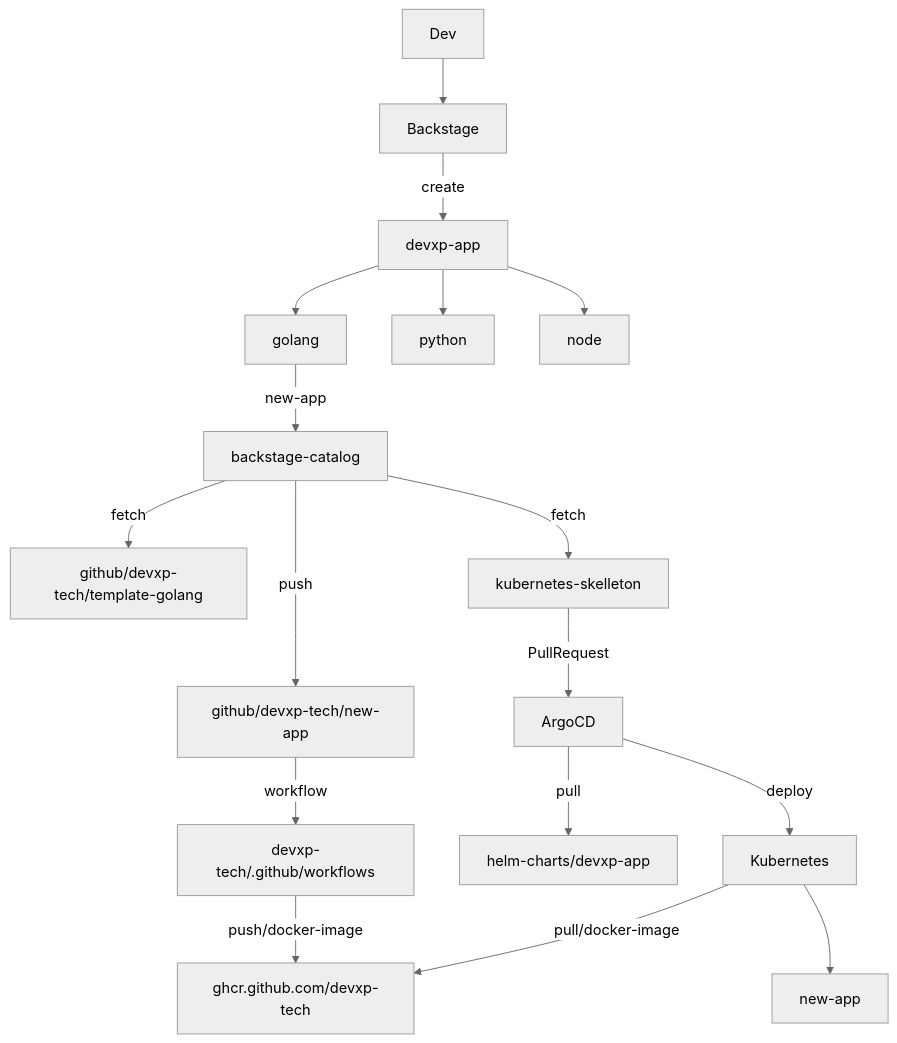
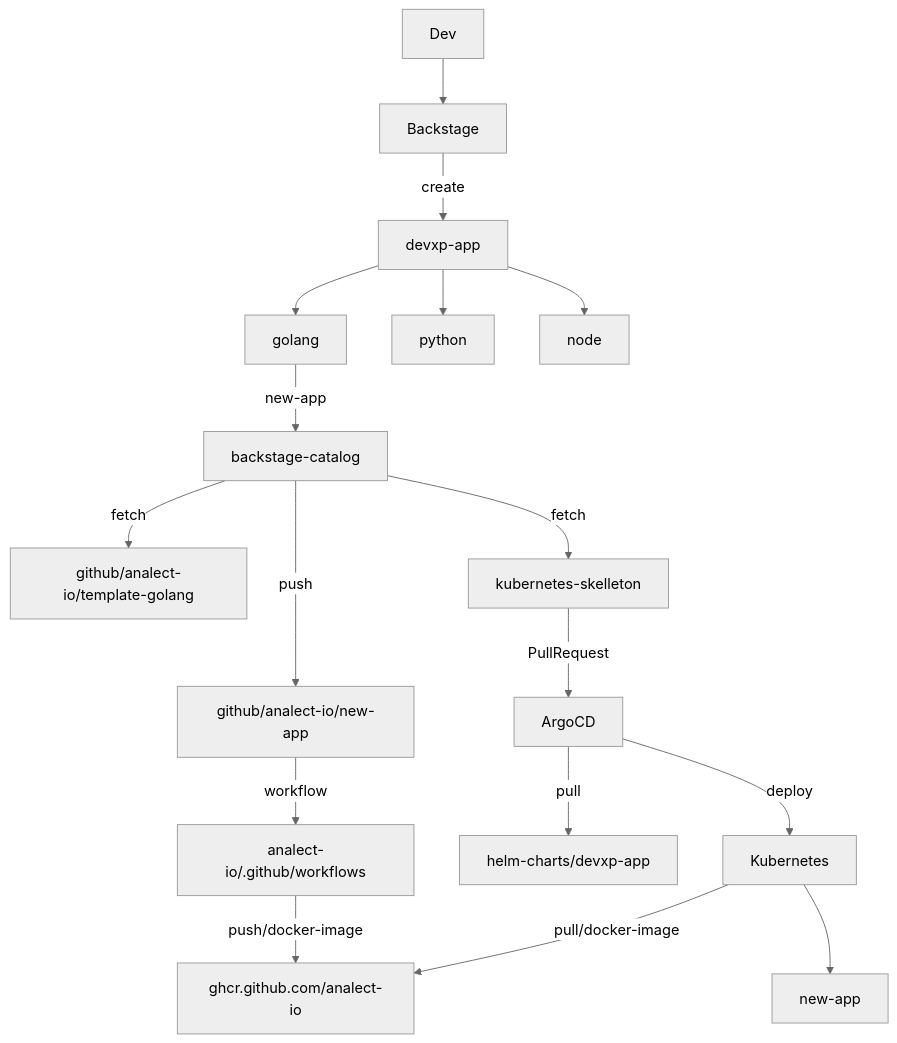
One commit to analect-io/backstage changed the diagram in README.md. Above: the diagram before and after it, drawn with Mermaid (neutral theme). The commit also changed other lines of this file and 3 other files, not shown here.

Commit message:
adjusting devxp-tech for analect-io

````diff
--- a/README.md
+++ b/README.md
@@ -57,19 +57,19 @@
 ```mermaid
 graph TD;
     Dev-->Backstage;
     Backstage--create-->devxp-app;
     devxp-app-->golang;
     devxp-app-->python;
     devxp-app-->node;
     golang--new-app-->backstage-catalog;
-    backstage-catalog--fetch-->github/devxp-tech/template-golang;
+    backstage-catalog--fetch-->github/analect-io/template-golang;
     backstage-catalog--fetch-->kubernetes-skelleton;
-    backstage-catalog--push-->github/devxp-tech/new-app;
+    backstage-catalog--push-->github/analect-io/new-app;
     kubernetes-skelleton--PullRequest-->ArgoCD;
-    github/devxp-tech/new-app--workflow-->devxp-tech/.github/workflows;
+    github/analect-io/new-app--workflow-->analect-io/.github/workflows;
     ArgoCD--pull-->helm-charts/devxp-app;
     ArgoCD--deploy-->Kubernetes;
-    devxp-tech/.github/workflows--push/docker-image-->ghcr.github.com/devxp-tech;
-    Kubernetes--pull/docker-image-->ghcr.github.com/devxp-tech;
+    analect-io/.github/workflows--push/docker-image-->ghcr.github.com/analect-io;
+    Kubernetes--pull/docker-image-->ghcr.github.com/analect-io;
     Kubernetes-->new-app;
 ```
````
